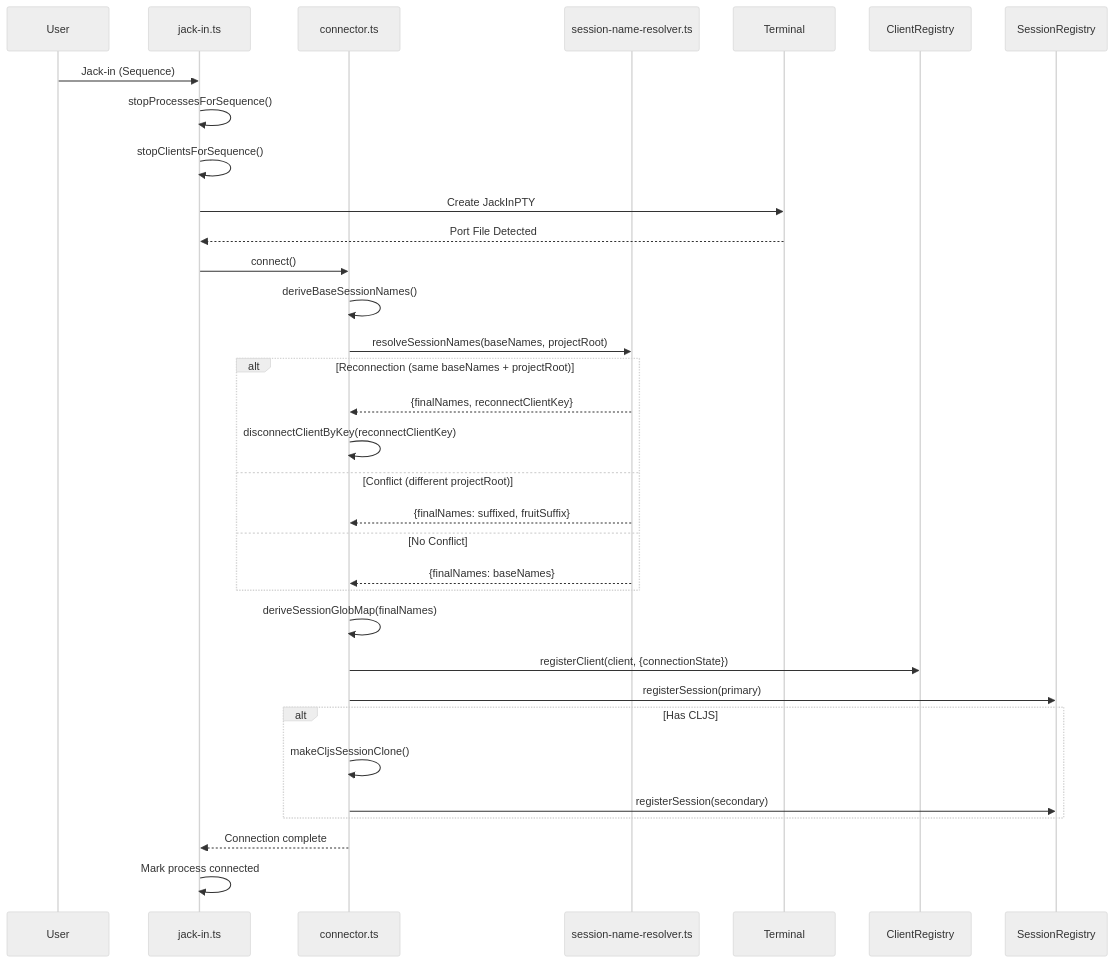
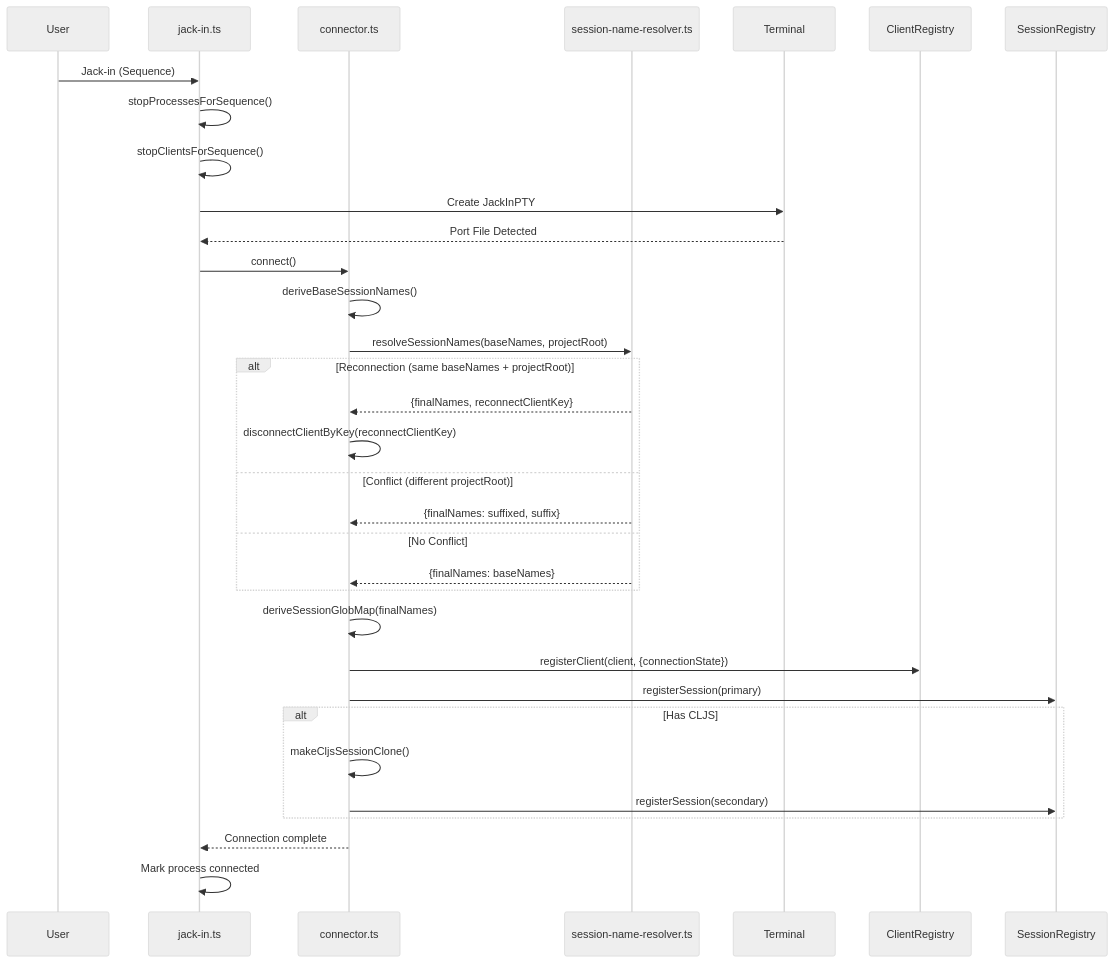
One commit to BetterThanTomorrow/calva changed the fourth of 7 diagrams in dev/docs/multi-session-architecture.md. Above: the diagram before and after it, drawn with Mermaid (neutral theme). The commit also changed other lines of this file and 14 other files, not shown here.

````diff
--- a/dev/docs/multi-session-architecture.md
+++ b/dev/docs/multi-session-architecture.md
@@ -874,41 +874,41 @@
 ```mermaid
 sequenceDiagram
     participant User
     participant JackIn as jack-in.ts
     participant Connector as connector.ts
     participant Resolver as session-name-resolver.ts
     participant Terminal
     participant ClientReg as ClientRegistry
     participant SessionReg as SessionRegistry
 
     User->>JackIn: Jack-in (Sequence)
     JackIn->>JackIn: stopProcessesForSequence()
     JackIn->>JackIn: stopClientsForSequence()
     JackIn->>Terminal: Create JackInPTY
     Terminal-->>JackIn: Port File Detected
     JackIn->>Connector: connect()
 
     Connector->>Connector: deriveBaseSessionNames()
     Connector->>Resolver: resolveSessionNames(baseNames, projectRoot)
 
     alt Reconnection (same baseNames + projectRoot)
         Resolver-->>Connector: {finalNames, reconnectClientKey}
         Connector->>Connector: disconnectClientByKey(reconnectClientKey)
     else Conflict (different projectRoot)
-        Resolver-->>Connector: {finalNames: suffixed, fruitSuffix}
+        Resolver-->>Connector: {finalNames: suffixed, suffix}
     else No Conflict
         Resolver-->>Connector: {finalNames: baseNames}
     end
 
     Connector->>Connector: deriveSessionGlobMap(finalNames)
     Connector->>ClientReg: registerClient(client, {connectionState})
     Connector->>SessionReg: registerSession(primary)
 
     alt Has CLJS
         Connector->>Connector: makeCljsSessionClone()
         Connector->>SessionReg: registerSession(secondary)
     end
 
     Connector-->>JackIn: Connection complete
     JackIn->>JackIn: Mark process connected
 ```
````
